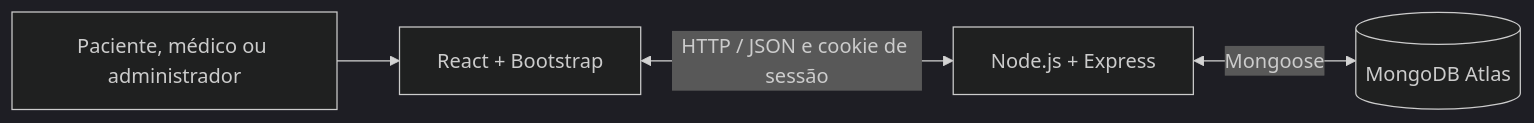
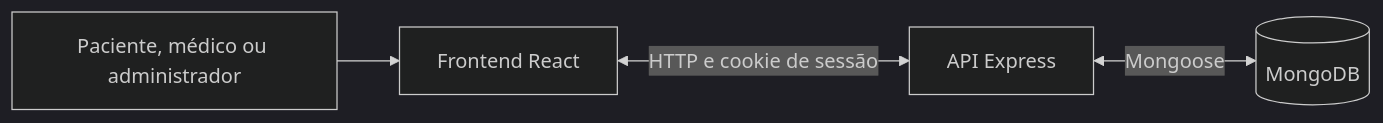
The diagram in README.md (gabrmascarenhas/MedTrack), drawn with Mermaid (dark theme) before and after one commit. The commit also changed other lines of this file, not shown here.

````diff
--- a/README.md
+++ b/README.md
@@ -63,6 +55,6 @@
 ```mermaid
 flowchart LR
-    P["Paciente, médico ou administrador"] --> F["React + Bootstrap"]
-    F <-->|"HTTP / JSON e cookie de sessão"| API["Node.js + Express"]
-    API <-->|"Mongoose"| DB[("MongoDB Atlas")]
+    U[Paciente, médico ou administrador] --> F[Frontend React]
+    F <-->|HTTP e cookie de sessão| A[API Express]
+    A <-->|Mongoose| D[(MongoDB)]
 ```
````
